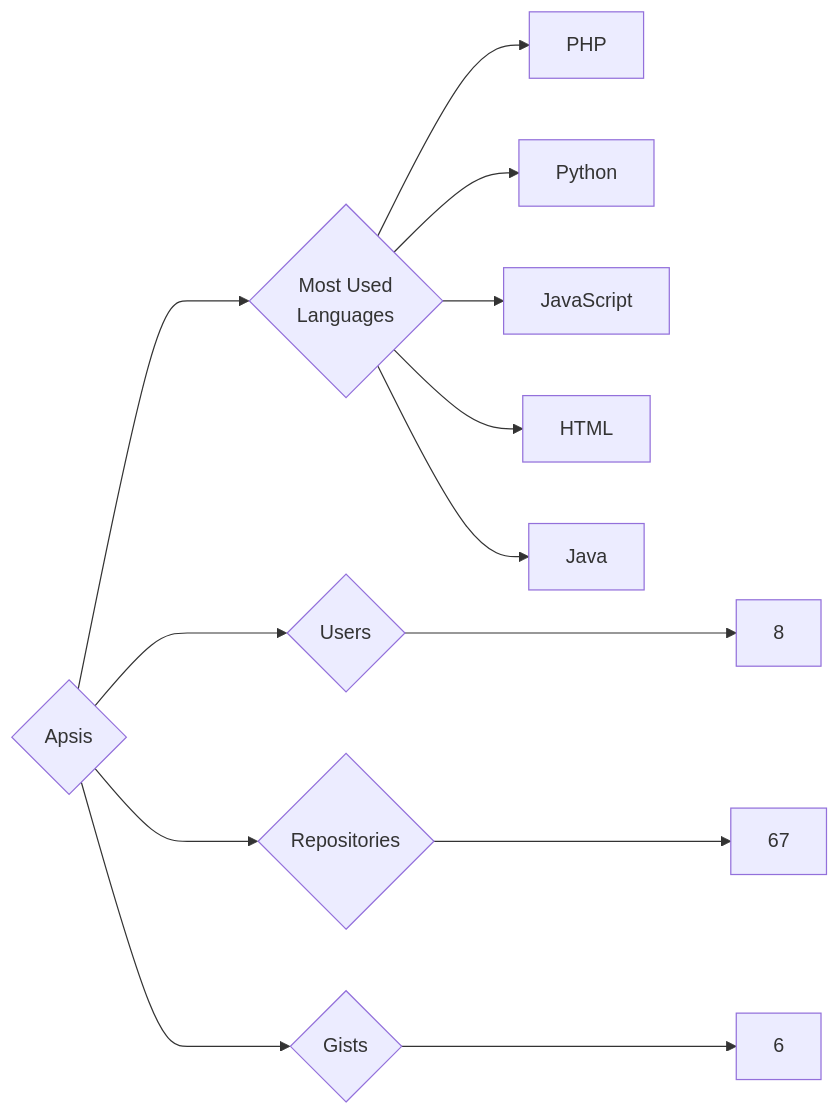
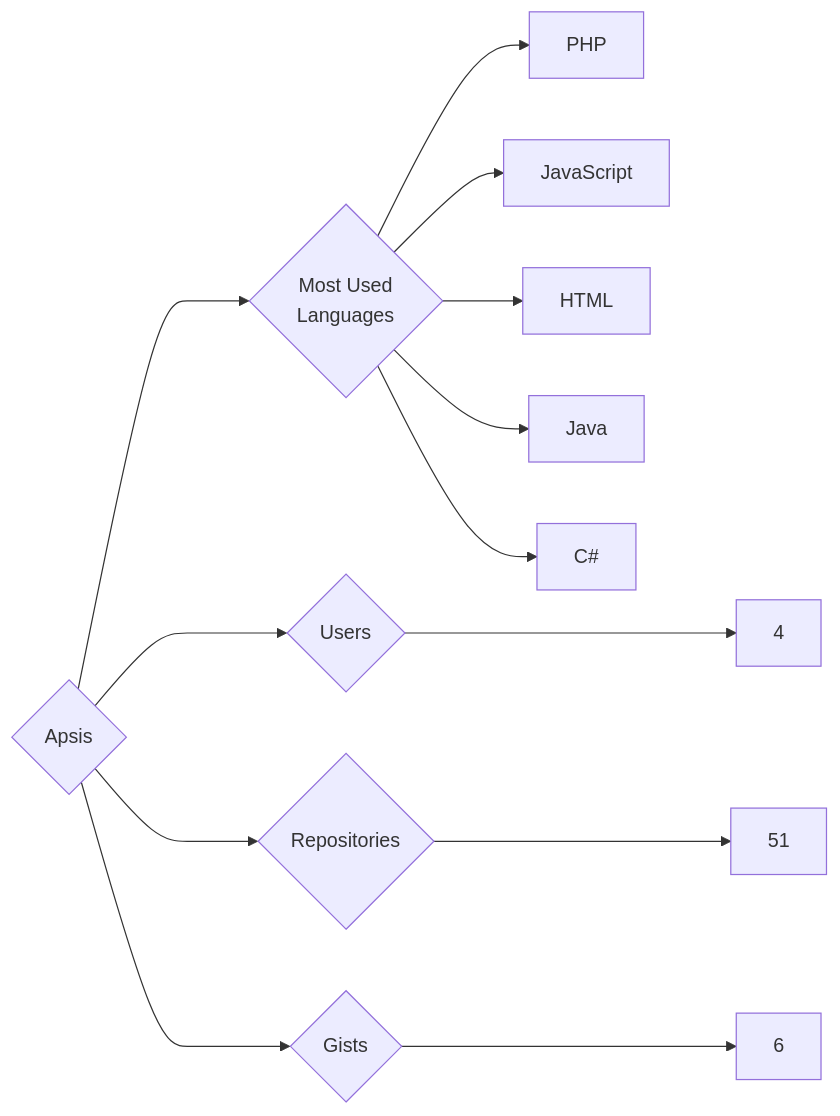
The diagram in targets/Apsis/README.md (trickest/insiders), drawn with Mermaid before and after one commit. The commit also changed 1088 other files, not shown here.

````diff
--- a/targets/Apsis/README.md
+++ b/targets/Apsis/README.md
@@ -3,13 +3,13 @@
 ```mermaid
 graph LR
 COMPANY_NAME{Apsis}
-COMPANY_NAME ---> U{Users} ---> UN[8]
-COMPANY_NAME ---> R{Repositories} ---> RN[67]
+COMPANY_NAME ---> U{Users} ---> UN[4]
+COMPANY_NAME ---> R{Repositories} ---> RN[51]
 COMPANY_NAME ---> G{Gists} ---> GN[6]
 COMPANY_NAME ---> ML{Most Used<br>Languages}
 ML --> PHP[PHP]
-ML --> Python[Python]
 ML --> JavaScript[JavaScript]
 ML --> HTML[HTML]
 ML --> Java[Java]
+ML --> C#[C#]
 ```
````
